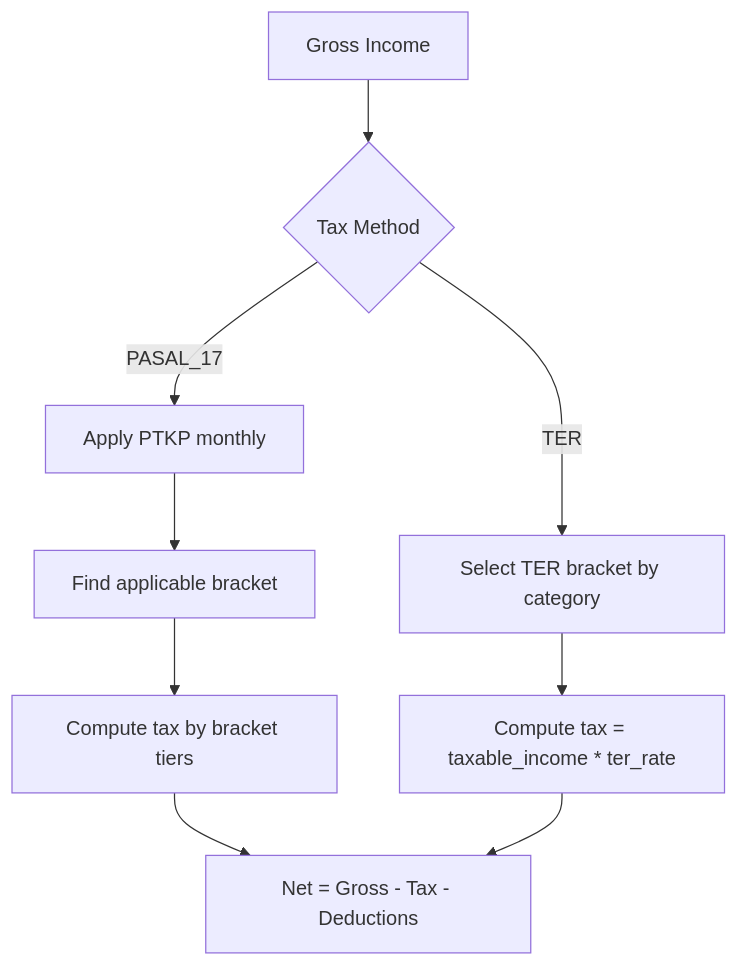
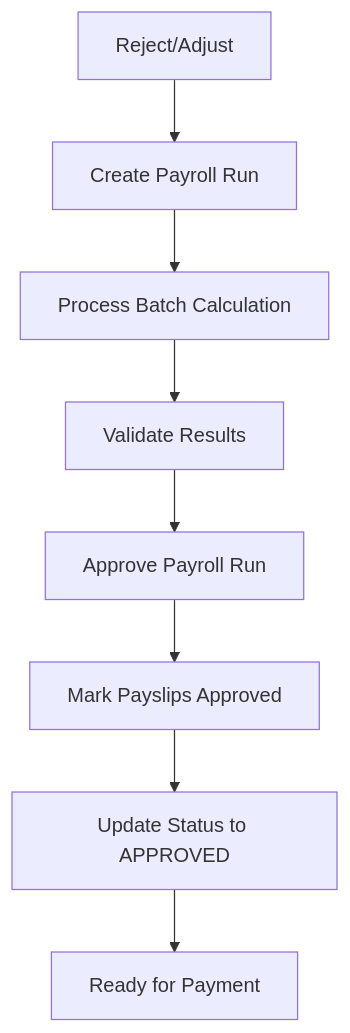
The ninth of 9 diagrams in .qoder/repowiki/en/content/Payroll Processing.md (bikinaplikasipakeqoder-dot/payroll-hris), drawn with Mermaid before and after one commit. The commit also changed other lines of this file and 22 other files, not shown here.

````diff
--- a/.qoder/repowiki/en/content/Payroll Processing.md
+++ b/.qoder/repowiki/en/content/Payroll Processing.md
@@ -351,11 +488,10 @@
 ```mermaid
 flowchart TD
-A["Gross Income"] --> B{"Tax Method"}
-B --> |PASAL_17| C["Apply PTKP monthly"]
-C --> D["Find applicable bracket"]
-D --> E["Compute tax by bracket tiers"]
-B --> |TER| F["Select TER bracket by category"]
-F --> G["Compute tax = taxable_income * ter_rate"]
-E --> H["Net = Gross - Tax - Deductions"]
-G --> H
+A["Create Payroll Run"] --> B["Process Batch Calculation"]
+B --> C["Validate Results"]
+C --> D["Approve Payroll Run"]
+D --> E["Mark Payslips Approved"]
+E --> F["Update Status to APPROVED"]
+F --> G["Ready for Payment"]
+H["Reject/Adjust"] --> A
 ```
````
